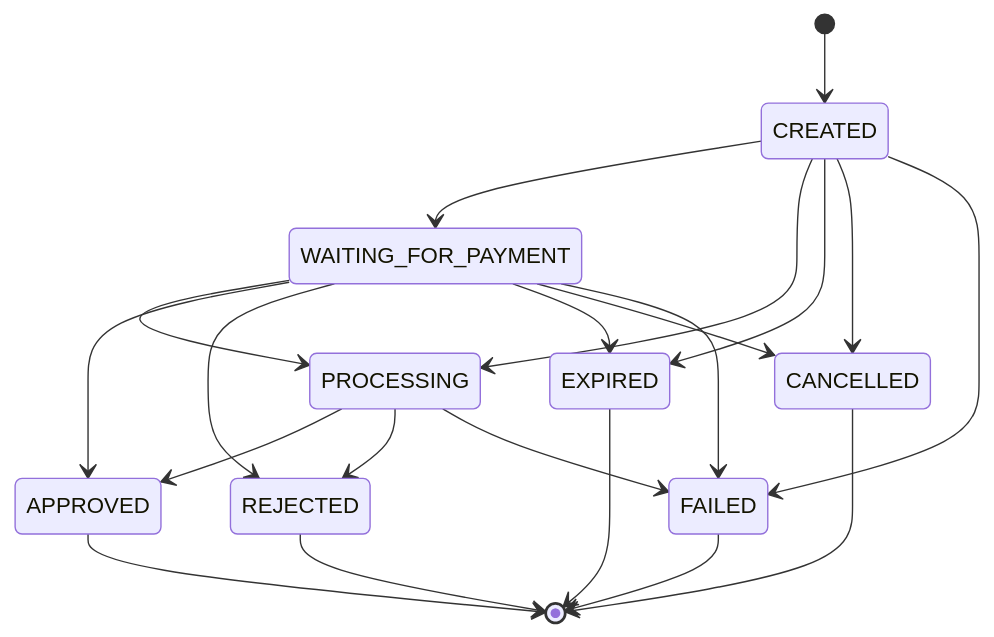
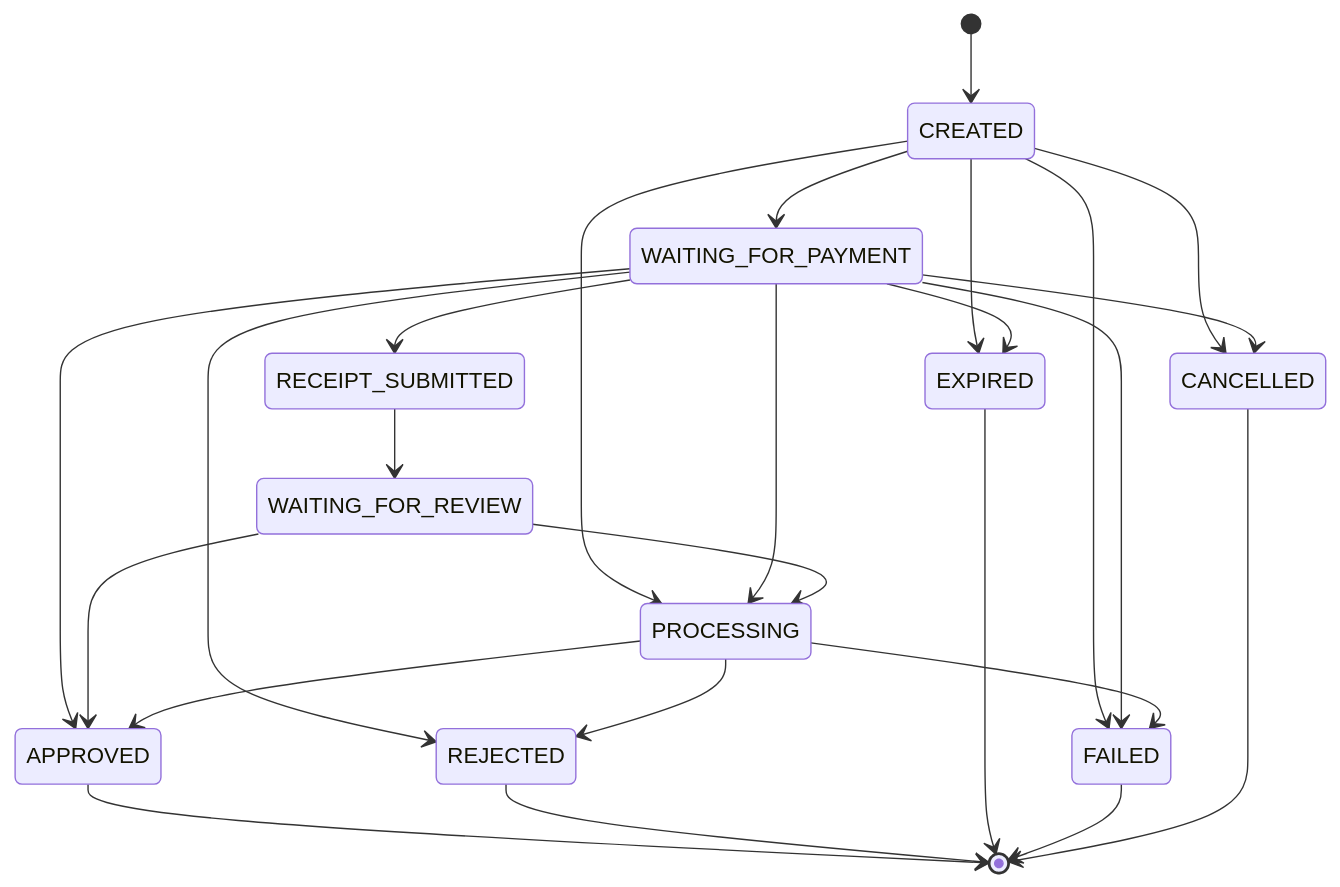
One commit to parazit-IR/panel changed the second of 2 diagrams in docs/payment/payment-foundation.md. Above: the diagram before and after it, drawn with Mermaid. The commit also changed other lines of this file and 76 other files, not shown here.

Commit message:
feat(payment): add manual receipt upload and review queue

````diff
--- a/docs/payment/payment-foundation.md
+++ b/docs/payment/payment-foundation.md
@@ -39,23 +39,27 @@
 ```mermaid
 stateDiagram-v2
     [*] --> CREATED
     CREATED --> WAITING_FOR_PAYMENT
     CREATED --> PROCESSING
     CREATED --> EXPIRED
     CREATED --> CANCELLED
     CREATED --> FAILED
     WAITING_FOR_PAYMENT --> PROCESSING
     WAITING_FOR_PAYMENT --> APPROVED
     WAITING_FOR_PAYMENT --> REJECTED
     WAITING_FOR_PAYMENT --> EXPIRED
     WAITING_FOR_PAYMENT --> CANCELLED
     WAITING_FOR_PAYMENT --> FAILED
+    WAITING_FOR_PAYMENT --> RECEIPT_SUBMITTED
+    RECEIPT_SUBMITTED --> WAITING_FOR_REVIEW
+    WAITING_FOR_REVIEW --> PROCESSING
+    WAITING_FOR_REVIEW --> APPROVED
     PROCESSING --> APPROVED
     PROCESSING --> REJECTED
     PROCESSING --> FAILED
     APPROVED --> [*]
     REJECTED --> [*]
     EXPIRED --> [*]
     FAILED --> [*]
     CANCELLED --> [*]
 ```
````
